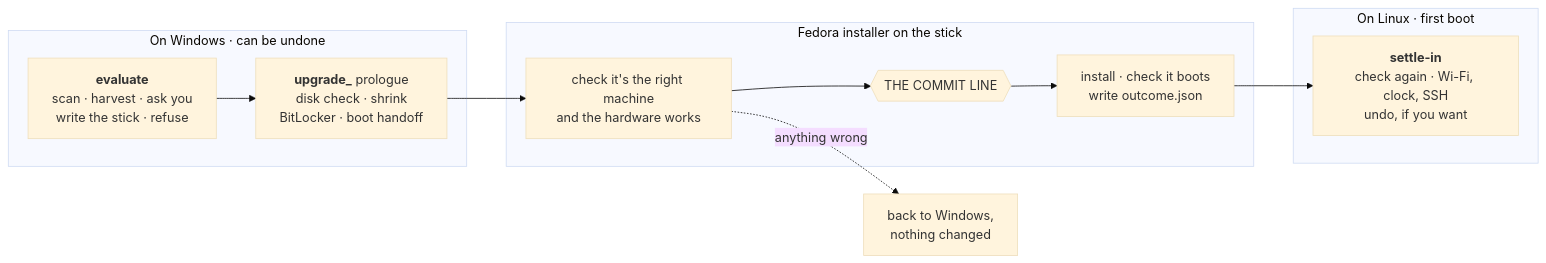
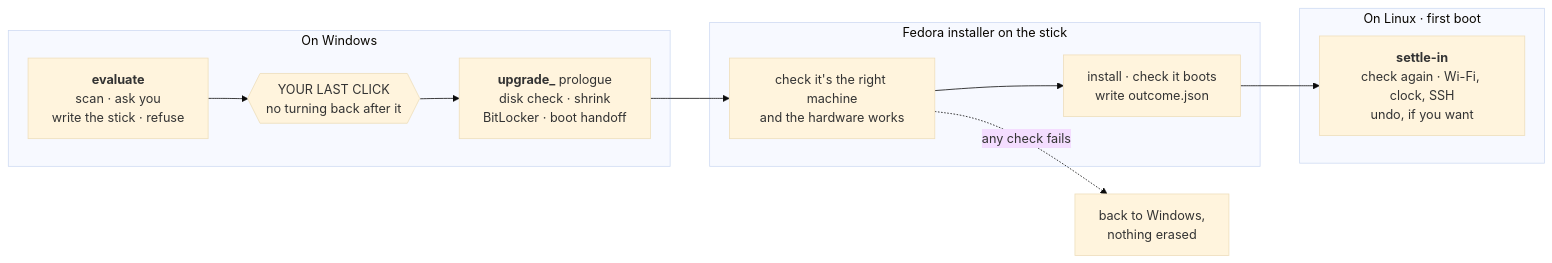
Before and after one commit to addlatt/upgrade_: the diagram in README.md, drawn with Mermaid (base theme). The commit also changed other lines of this file, not shown here.

Commit message:
README: match the cuts of 2026-11-02 (no file copy promise, the last click as the commit line, Rust badge, erase inside Convert)

````diff
--- a/README.md
+++ b/README.md
@@ -50,17 +50,17 @@
 ```mermaid
 flowchart LR
-    subgraph W["On Windows · can be undone"]
-        E["<b>evaluate</b><br/>scan · harvest · ask you<br/>write the stick · refuse"]
+    subgraph W["On Windows"]
+        E["<b>evaluate</b><br/>scan · ask you<br/>write the stick · refuse"]
+        C{{"YOUR LAST CLICK<br/>no turning back after it"}}
         P["<b>upgrade_</b> prologue<br/>disk check · shrink<br/>BitLocker · boot handoff"]
     end
     subgraph I["Fedora installer on the stick"]
         V["check it's the right machine<br/>and the hardware works"]
-        C{{"THE COMMIT LINE"}}
         X["install · check it boots<br/>write outcome.json"]
     end
     subgraph L["On Linux · first boot"]
         S["<b>settle-in</b><br/>check again · Wi-Fi, clock, SSH<br/>undo, if you want"]
     end
-    E --> P --> V --> C --> X --> S
-    V -. "anything wrong" .-> R["back to Windows,<br/>nothing changed"]
+    E --> C --> P --> V --> X --> S
+    V -. "any check fails" .-> R["back to Windows,<br/>nothing erased"]
 ```
````
